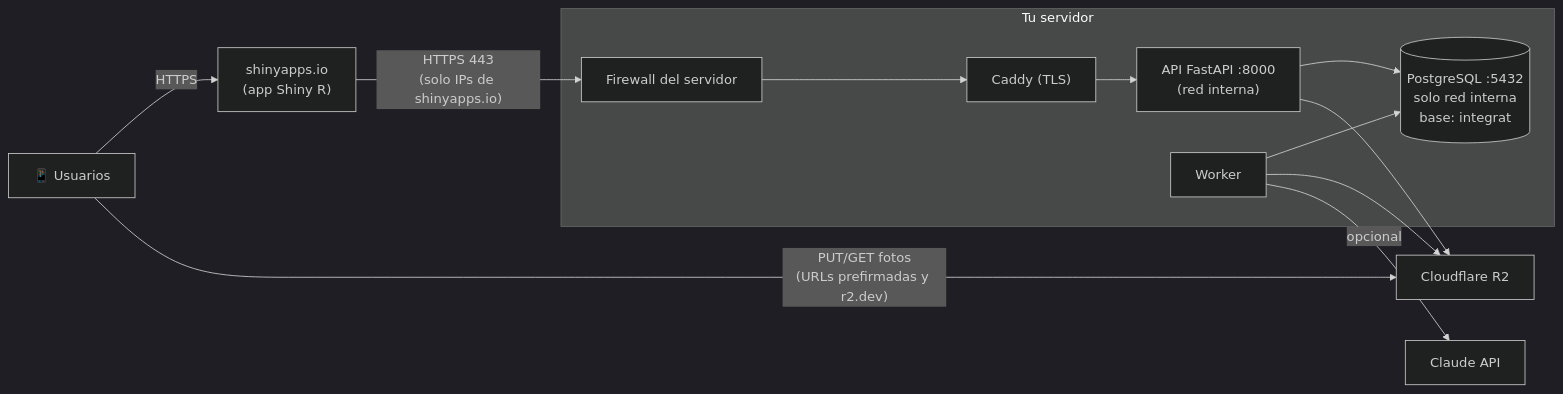
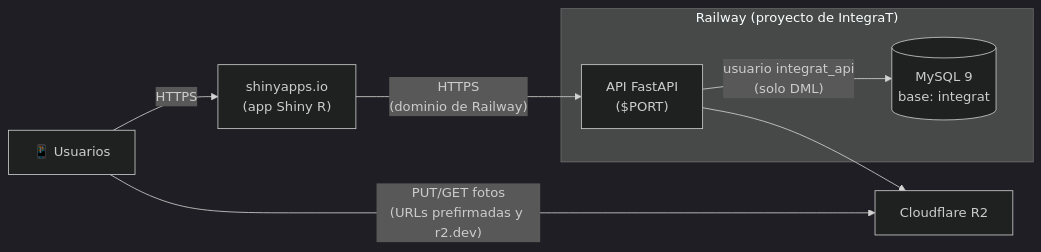
The diagram in IntegraT/docs/CONFIGURACION_SERVIDOR.md (nmgomeza93-prog/IntegraT), drawn with Mermaid (dark theme) before and after one commit. The commit also changed other lines of this file and 4 other files, not shown here.

First line of the commit message:
docs: Railway y MySQL como piloto; PostgreSQL y servidor propio quedan como alternativa

````diff
--- a/IntegraT/docs/CONFIGURACION_SERVIDOR.md
+++ b/IntegraT/docs/CONFIGURACION_SERVIDOR.md
@@ -12,16 +13,18 @@
 ```mermaid
 flowchart LR
-  U["📱 Usuarios"] -->|HTTPS| SA["shinyapps.io\n(app Shiny R)"]
-  U -->|"PUT/GET fotos\n(URLs prefirmadas y r2.dev)"| R2["Cloudflare R2"]
-  SA -->|"HTTPS 443\n(solo IPs de shinyapps.io)"| FW["Firewall del servidor"]
-  subgraph SRV["Tu servidor"]
-    FW --> CADDY["Caddy (TLS)"] --> API["API FastAPI :8000\n(red interna)"]
-    WK["Worker"] 
-    PG[("PostgreSQL :5432\nsolo red interna\nbase: integrat")]
-    API --> PG
-    WK --> PG
+  U["📱 Usuarios"] -->|HTTPS| SA["shinyapps.io
+(app Shiny R)"]
+  U -->|"PUT/GET fotos
+(URLs prefirmadas y r2.dev)"| R2["Cloudflare R2"]
+  SA -->|"HTTPS
+(dominio de Railway)"| API
+  subgraph RW["Railway (proyecto de IntegraT)"]
+    API["API FastAPI
+($PORT)"]
+    DB[("MySQL 9
+base: integrat")]
+    API -->|"usuario integrat_api
+(solo DML)"| DB
   end
-  WK --> R2
   API --> R2
-  WK -->|opcional| AI["Claude API"]
 ```
````
